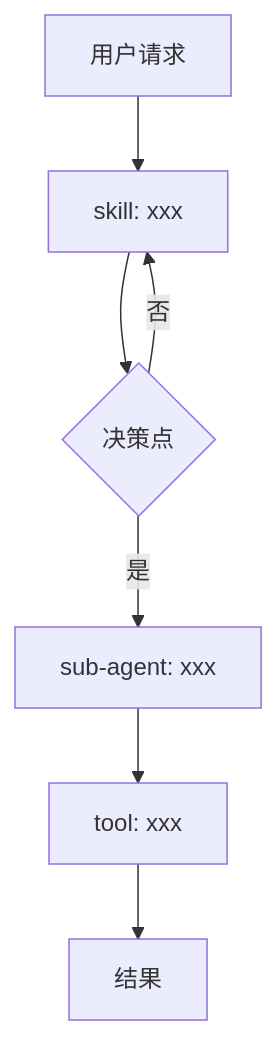
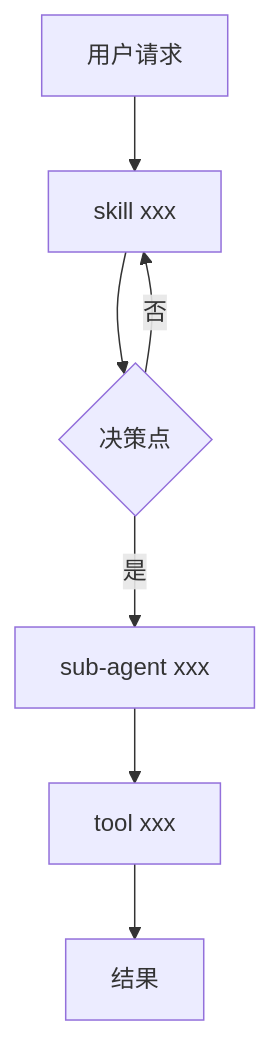
One commit to Sugarfarmeriod/CCWhat changed the diagram in ccwhat/assets/session-report/generic_prompt.md. Above: the diagram before and after it, drawn with Mermaid. The commit also changed other lines of this file and 17 other files, not shown here.

````diff
--- a/ccwhat/assets/session-report/generic_prompt.md
+++ b/ccwhat/assets/session-report/generic_prompt.md
@@ -53,9 +54,9 @@
 ```mermaid
 flowchart TD
-    A[用户请求] --> B[skill: xxx]
-    B --> C{决策点}
-    C -->|是| D[sub-agent: xxx]
+    A["用户请求"] --> B["skill xxx"]
+    B --> C{"决策点"}
+    C -->|是| D["sub-agent xxx"]
     C -->|否| B
-    D --> E[tool: xxx]
-    E --> F[结果]
+    D --> E["tool xxx"]
+    E --> F["结果"]
 ```
````
